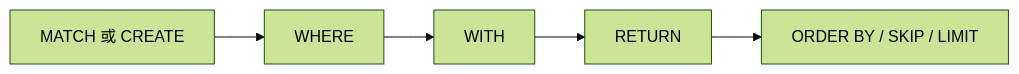
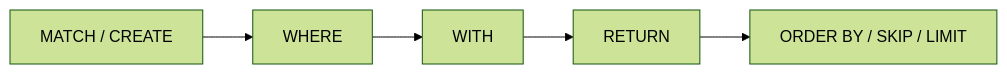
The diagram in docs/apps/docs/content/docs/zh/zyx/user-guide/cypher-basics.mdx (nexepic/zyx), drawn with Mermaid (forest theme) before and after one commit. The commit also changed other lines of this file and 112 other files, not shown here.

````diff
--- a/docs/apps/docs/content/docs/zh/zyx/user-guide/cypher-basics.mdx
+++ b/docs/apps/docs/content/docs/zh/zyx/user-guide/cypher-basics.mdx
@@ -13,7 +21,7 @@
 ```mermaid
 flowchart LR
-  A[MATCH 或 CREATE] --> B[WHERE]
+  A[MATCH / CREATE] --> B[WHERE]
   B --> C[WITH]
   C --> D[RETURN]
   D --> E[ORDER BY / SKIP / LIMIT]
 ```
````
